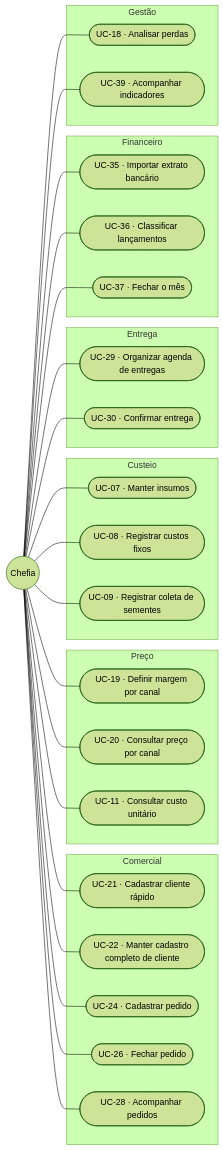
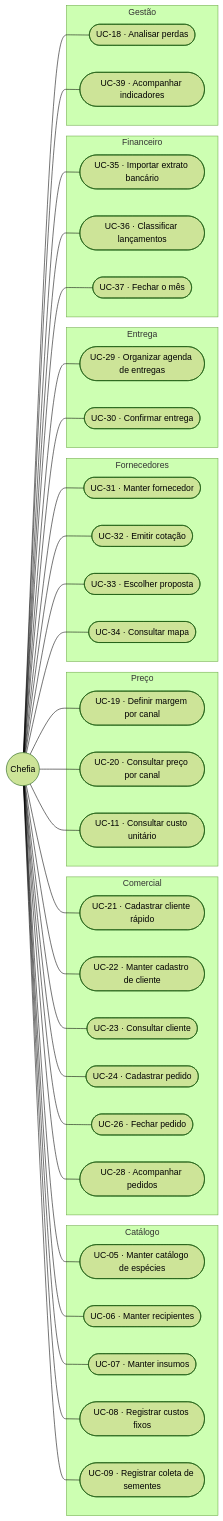
Before and after one commit to JoaoMudar/mudar: the second of 5 diagrams in docs/engenharia/C-modelagem/C1-diagrama-casos-de-uso.md, drawn with Mermaid (forest theme). The commit also changed other lines of this file and 52 other files, not shown here.

````diff
--- a/docs/engenharia/C-modelagem/C1-diagrama-casos-de-uso.md
+++ b/docs/engenharia/C-modelagem/C1-diagrama-casos-de-uso.md
@@ -100,59 +98,76 @@
 ```mermaid
 graph LR
   CH(("Chefia"))
 
+  subgraph Catálogo
+    UC05(["UC-05 · Manter catálogo de espécies"])
+    UC06(["UC-06 · Manter recipientes"])
+    UC07(["UC-07 · Manter insumos"])
+    UC08(["UC-08 · Registrar custos fixos"])
+    UC09(["UC-09 · Registrar coleta de sementes"])
+  end
+
   subgraph Comercial
     UC21(["UC-21 · Cadastrar cliente rápido"])
-    UC22(["UC-22 · Manter cadastro completo de cliente"])
+    UC22(["UC-22 · Manter cadastro de cliente"])
+    UC23(["UC-23 · Consultar cliente"])
     UC24(["UC-24 · Cadastrar pedido"])
     UC26(["UC-26 · Fechar pedido"])
     UC28(["UC-28 · Acompanhar pedidos"])
   end
 
   subgraph Preço
     UC19(["UC-19 · Definir margem por canal"])
     UC20(["UC-20 · Consultar preço por canal"])
     UC11(["UC-11 · Consultar custo unitário"])
   end
 
-  subgraph Custeio
-    UC07(["UC-07 · Manter insumos"])
-    UC08(["UC-08 · Registrar custos fixos"])
-    UC09(["UC-09 · Registrar coleta de sementes"])
+  subgraph Fornecedores
+    UC31(["UC-31 · Manter fornecedor"])
+    UC32(["UC-32 · Emitir cotação"])
+    UC33(["UC-33 · Escolher proposta"])
+    UC34(["UC-34 · Consultar mapa"])
   end
 
   subgraph Entrega
     UC29(["UC-29 · Organizar agenda de entregas"])
     UC30(["UC-30 · Confirmar entrega"])
   end
 
   subgraph Financeiro
     UC35(["UC-35 · Importar extrato bancário"])
     UC36(["UC-36 · Classificar lançamentos"])
     UC37(["UC-37 · Fechar o mês"])
   end
 
   subgraph Gestão
     UC18(["UC-18 · Analisar perdas"])
     UC39(["UC-39 · Acompanhar indicadores"])
   end
 
+  CH --- UC05
+  CH --- UC06
+  CH --- UC07
+  CH --- UC08
+  CH --- UC09
   CH --- UC21
   CH --- UC22
+  CH --- UC23
   CH --- UC24
   CH --- UC26
   CH --- UC28
   CH --- UC19
   CH --- UC20
   CH --- UC11
-  CH --- UC07
-  CH --- UC08
-  CH --- UC09
+  CH --- UC31
+  CH --- UC32
+  CH --- UC33
+  CH --- UC34
   CH --- UC29
   CH --- UC30
   CH --- UC35
   CH --- UC36
   CH --- UC37
   CH --- UC18
   CH --- UC39
 ```
````
